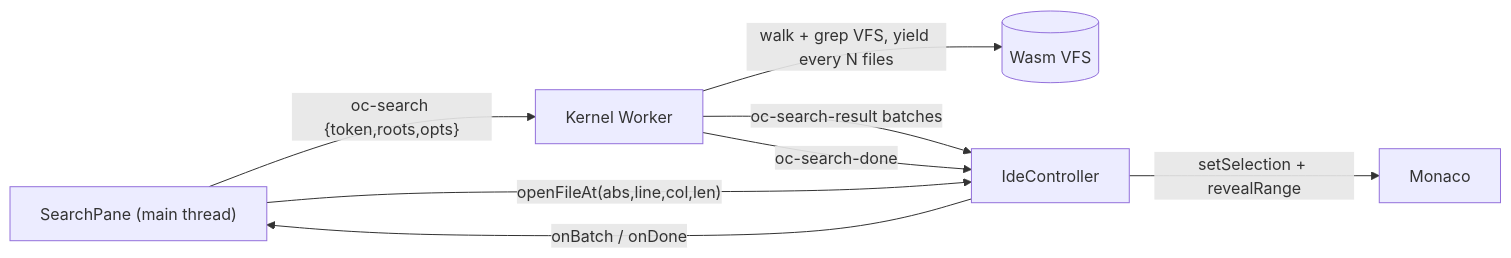
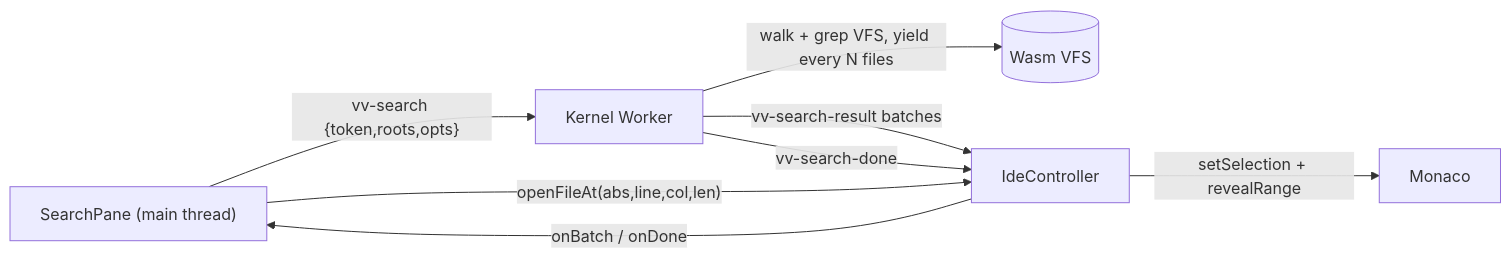
The first of 2 diagrams in ARCHITECTURE.md (maitrungduc1410/vivari), drawn with Mermaid before and after one commit. The commit also changed other lines of this file and 142 other files, not shown here.

````diff
--- a/ARCHITECTURE.md
+++ b/ARCHITECTURE.md
@@ -567,10 +567,10 @@
 ```mermaid
 flowchart LR
-  Pane["SearchPane (main thread)"] -->|"oc-search {token,roots,opts}"| KW["Kernel Worker"]
+  Pane["SearchPane (main thread)"] -->|"vv-search {token,roots,opts}"| KW["Kernel Worker"]
   KW -->|"walk + grep VFS, yield every N files"| VFS[("Wasm VFS")]
-  KW -->|"oc-search-result batches"| Ctrl["IdeController"]
-  KW -->|"oc-search-done"| Ctrl
+  KW -->|"vv-search-result batches"| Ctrl["IdeController"]
+  KW -->|"vv-search-done"| Ctrl
   Ctrl -->|"onBatch / onDone"| Pane
   Pane -->|"openFileAt(abs,line,col,len)"| Ctrl
   Ctrl -->|"setSelection + revealRange"| Monaco
 ```
````
